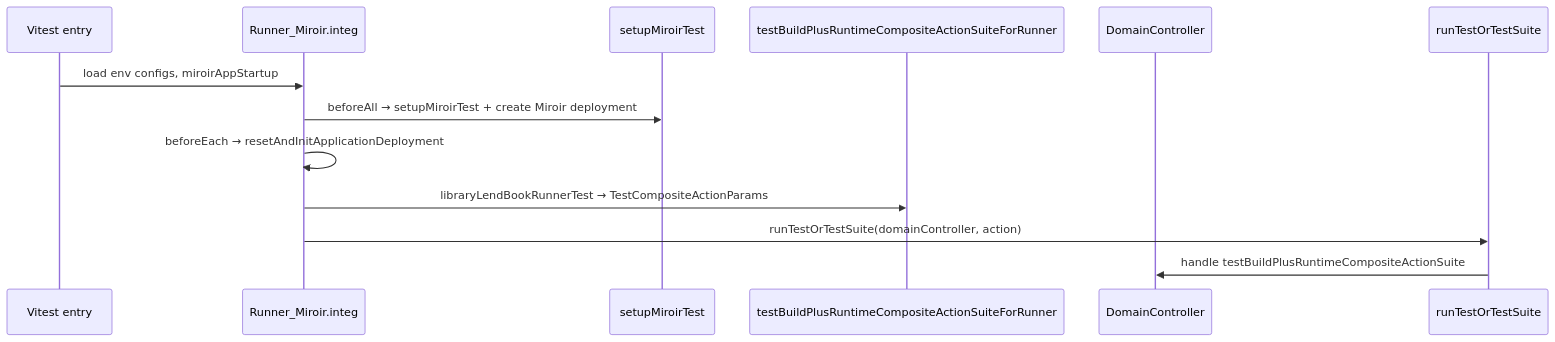
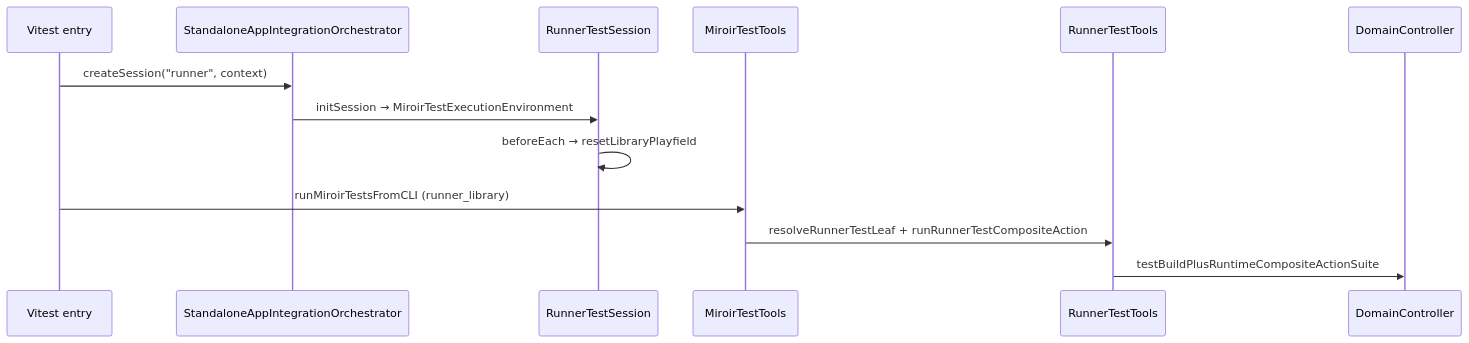
The first of 4 diagrams in code-helpers/features/197-FEATURE- run integration tests in the UI/plan.md (miroir-framework/miroir), drawn with Mermaid before and after one commit. The commit also changed other lines of this file and 18 other files, not shown here.

Commit message:
#197 FEATURE: run integration tests in the UI. Revise plan & fix Test filtering

````diff
--- a/code-helpers/features/197-FEATURE- run integration tests in the UI/plan.md
+++ b/code-helpers/features/197-FEATURE- run integration tests in the UI/plan.md
@@ -51,16 +58,16 @@
 ```mermaid
 sequenceDiagram
   participant V as Vitest entry
-  participant H as Runner_Miroir.integ
-  participant S as setupMiroirTest
-  participant B as testBuildPlusRuntimeCompositeActionSuiteForRunner
+  participant O as StandaloneAppIntegrationOrchestrator
+  participant S as RunnerTestSession
+  participant MT as MiroirTestTools
+  participant RT as RunnerTestTools
   participant DC as DomainController
-  participant R as runTestOrTestSuite
 
-  V->>H: load env configs, miroirAppStartup
-  H->>S: beforeAll → setupMiroirTest + create Miroir deployment
-  H->>H: beforeEach → resetAndInitApplicationDeployment
-  H->>B: libraryLendBookRunnerTest → TestCompositeActionParams
-  H->>R: runTestOrTestSuite(domainController, action)
-  R->>DC: handle testBuildPlusRuntimeCompositeActionSuite
+  V->>O: createSession("runner", context)
+  O->>S: initSession → MiroirTestExecutionEnvironment
+  S->>S: beforeEach → resetLibraryPlayfield
+  V->>MT: runMiroirTestsFromCLI (runner_library)
+  MT->>RT: resolveRunnerTestLeaf + runRunnerTestCompositeAction
+  RT->>DC: testBuildPlusRuntimeCompositeActionSuite
 ```
````
